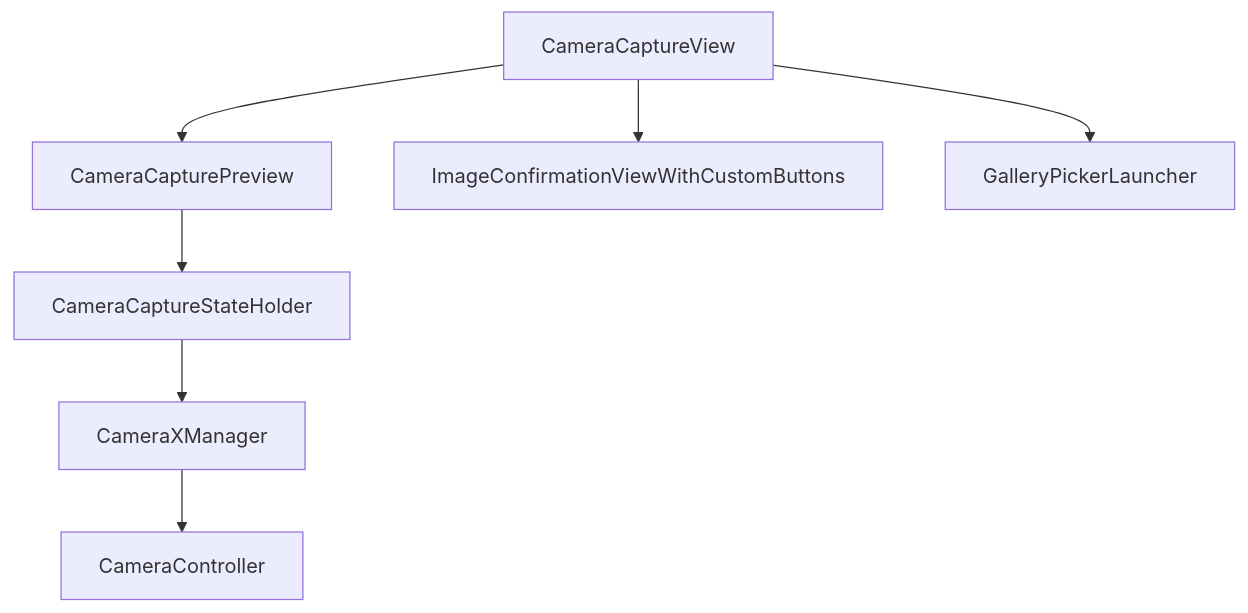
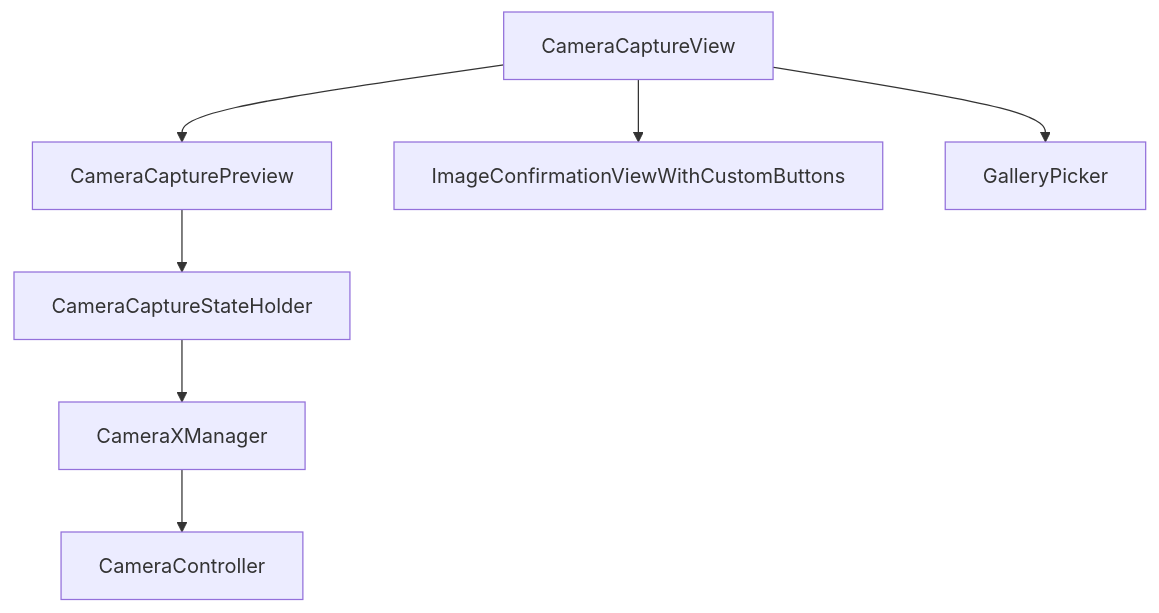
The diagram in docs/ARCHITECTURE.es.md (ismoy/ImagePickerKMP), drawn with Mermaid before and after one commit. The commit also changed 40 other files, not shown here.

First line of the commit message:
refactor: remove legacy API, rename to PlatformCameraRenderer/PlatformGalleryRenderer, implement wasmJs

````diff
--- a/docs/ARCHITECTURE.es.md
+++ b/docs/ARCHITECTURE.es.md
@@ -22,9 +22,9 @@
 ```mermaid
 graph TD;
     CameraCaptureView --> CameraCapturePreview
     CameraCapturePreview --> CameraCaptureStateHolder
     CameraCaptureStateHolder --> CameraXManager
     CameraXManager --> CameraController
     CameraCaptureView --> ImageConfirmationViewWithCustomButtons
-    CameraCaptureView --> GalleryPickerLauncher
+    CameraCaptureView --> GalleryPicker
 ```
````
